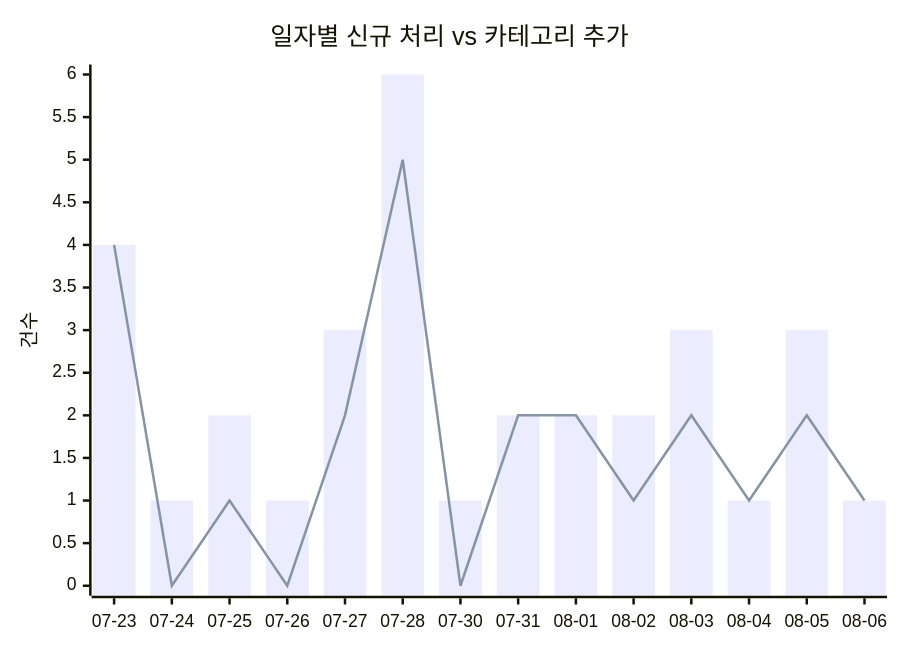
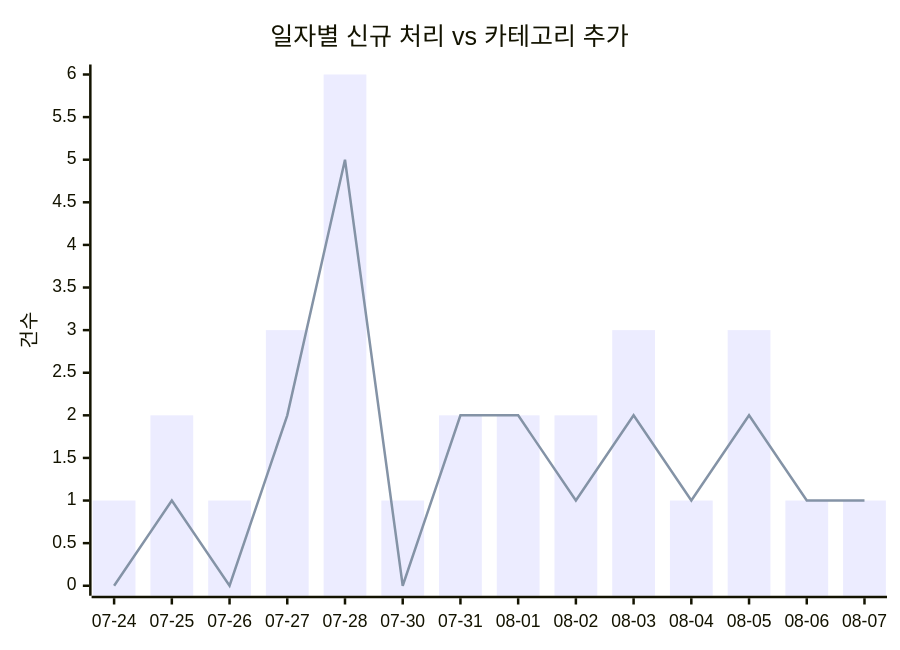
The first of 2 diagrams in docs/trends.md (J-nowcow/awesome-korean-agent-skills), drawn with Mermaid before and after one commit. The commit also changed other lines of this file and 28 other files, not shown here.

````diff
--- a/docs/trends.md
+++ b/docs/trends.md
@@ -32,8 +32,8 @@
 ```mermaid
 xychart-beta
     title "일자별 신규 처리 vs 카테고리 추가"
-    x-axis ["07-23","07-24","07-25","07-26","07-27","07-28","07-30","07-31","08-01","08-02","08-03","08-04","08-05","08-06"]
+    x-axis ["07-24","07-25","07-26","07-27","07-28","07-30","07-31","08-01","08-02","08-03","08-04","08-05","08-06","08-07"]
     y-axis "건수"
-    bar [4,1,2,1,3,6,1,2,2,2,3,1,3,1]
-    line [4,0,1,0,2,5,0,2,2,1,2,1,2,1]
+    bar [1,2,1,3,6,1,2,2,2,3,1,3,1,1]
+    line [0,1,0,2,5,0,2,2,1,2,1,2,1,1]
 ```
````
